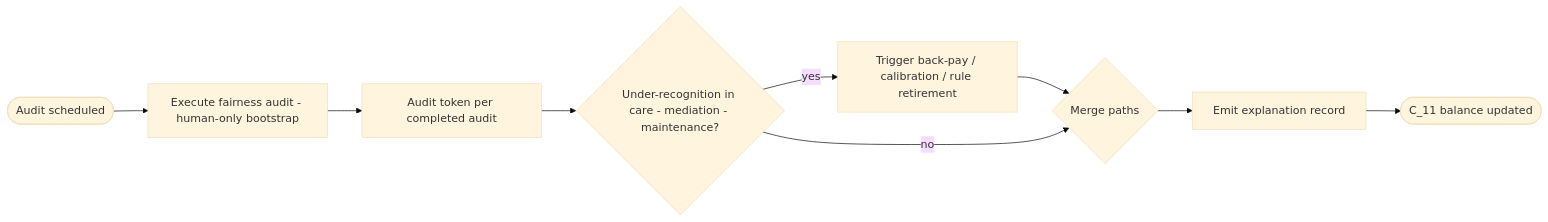
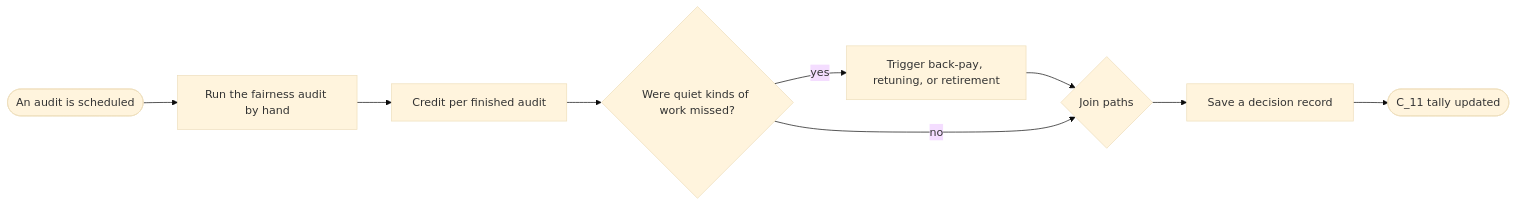
Diagram 14 of 24 in docs/contribution-economy/README.md (vijayee/resonantdao-example), drawn with Mermaid (base theme) before and after one commit. The commit also changed other lines of this file, not shown here.

````diff
--- a/docs/contribution-economy/README.md
+++ b/docs/contribution-economy/README.md
@@ -245,7 +242,7 @@
 ```mermaid
 flowchart LR
-  S([Audit scheduled]) --> FA[Execute fairness audit - human-only bootstrap] --> T[Audit token per completed audit] --> G{Under-recognition in care - mediation - maintenance?}
-  G -->|yes| BP[Trigger back-pay / calibration / rule retirement] --> M
-  G -->|no| M{Merge paths}
-  M --> RC[Emit explanation record] --> E1([C_11 balance updated])
+  S([An audit is scheduled]) --> FA[Run the fairness audit by hand] --> T[Credit per finished audit] --> G{Were quiet kinds of work missed?}
+  G -->|yes| BP[Trigger back-pay, retuning, or retirement] --> M
+  G -->|no| M{Join paths}
+  M --> RC[Save a decision record] --> E1([C_11 tally updated])
 ```
````
